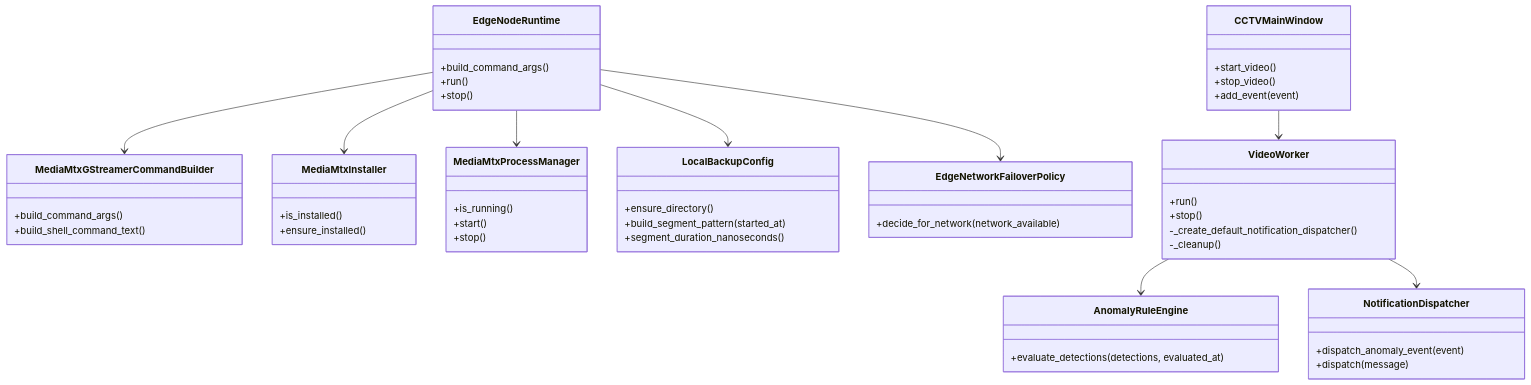
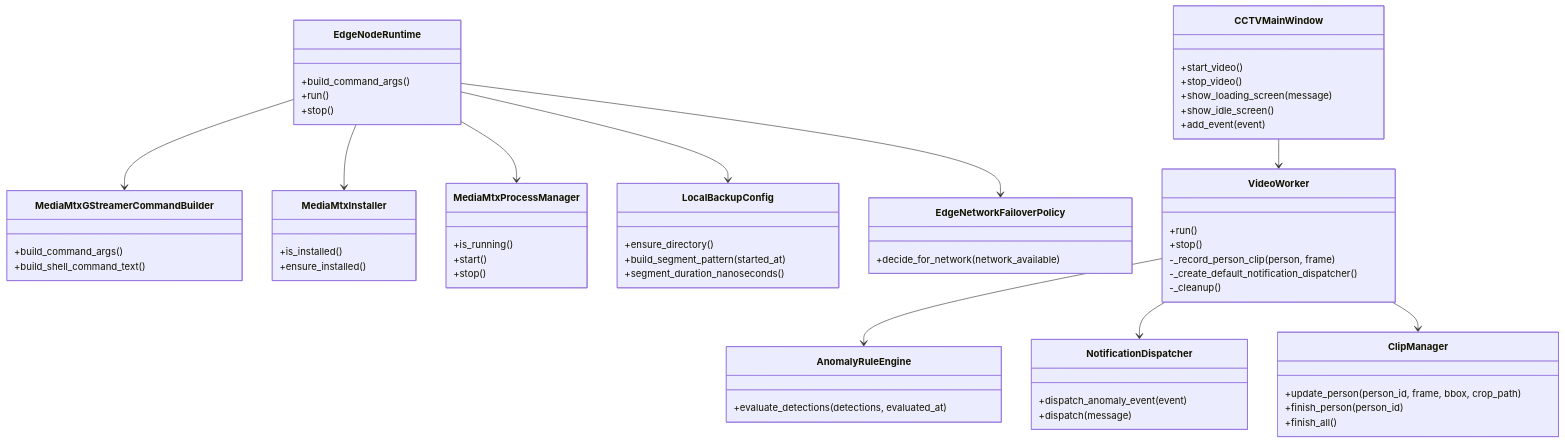
The second of 2 diagrams in inst/flow.md (taegyu-heo-bigstar/AI_CCTV), drawn with Mermaid before and after one commit. The commit also changed other lines of this file and 5 other files, not shown here.

Commit message:
Add loading screen and event clips

````diff
--- a/inst/flow.md
+++ b/inst/flow.md
@@ -69,65 +71,75 @@
 ```mermaid
 classDiagram
     class MediaMtxGStreamerCommandBuilder {
         +build_command_args()
         +build_shell_command_text()
     }
 
     class EdgeNodeRuntime {
         +build_command_args()
         +run()
         +stop()
     }
 
     class MediaMtxInstaller {
         +is_installed()
         +ensure_installed()
     }
 
     class MediaMtxProcessManager {
         +is_running()
         +start()
         +stop()
     }
 
     class LocalBackupConfig {
         +ensure_directory()
         +build_segment_pattern(started_at)
         +segment_duration_nanoseconds()
     }
 
     class EdgeNetworkFailoverPolicy {
         +decide_for_network(network_available)
     }
 
     class CCTVMainWindow {
         +start_video()
         +stop_video()
+        +show_loading_screen(message)
+        +show_idle_screen()
         +add_event(event)
     }
 
     class VideoWorker {
         +run()
         +stop()
+        -_record_person_clip(person, frame)
         -_create_default_notification_dispatcher()
         -_cleanup()
+    }
+
+    class ClipManager {
+        +update_person(person_id, frame, bbox, crop_path)
+        +finish_person(person_id)
+        +finish_all()
     }
 
     class AnomalyRuleEngine {
         +evaluate_detections(detections, evaluated_at)
     }
 
     class NotificationDispatcher {
         +dispatch_anomaly_event(event)
         +dispatch(message)
     }
 
     EdgeNodeRuntime --> MediaMtxInstaller
     EdgeNodeRuntime --> MediaMtxProcessManager
     EdgeNodeRuntime --> LocalBackupConfig
     EdgeNodeRuntime --> MediaMtxGStreamerCommandBuilder
     EdgeNodeRuntime --> EdgeNetworkFailoverPolicy
     CCTVMainWindow --> VideoWorker
     VideoWorker --> AnomalyRuleEngine
     VideoWorker --> NotificationDispatcher
+    VideoWorker --> ClipManager
 ```
````
